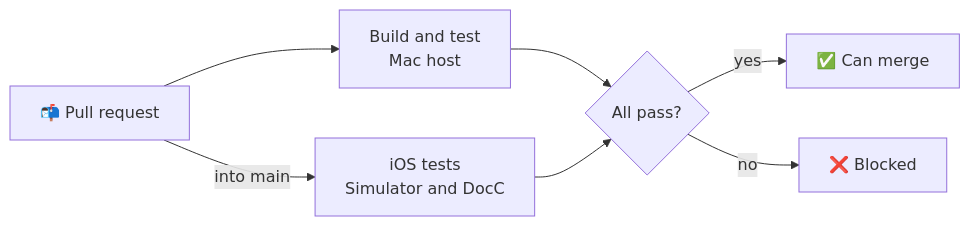
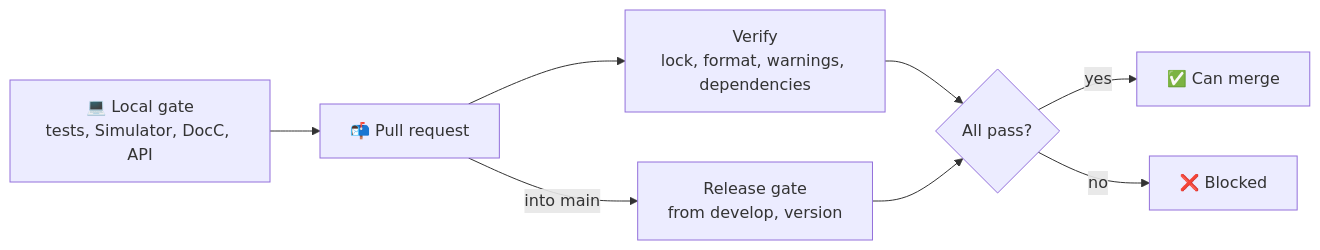
One commit to qeetgroup/qeetrix-ios changed the diagram in docs/quality.md. Above: the diagram before and after it, drawn with Mermaid. The commit also changed 16 other files, not shown here.

````diff
--- a/docs/quality.md
+++ b/docs/quality.md
@@ -8,9 +8,10 @@
 ```mermaid
 flowchart LR
-    P["📬 Pull request"] --> C["Build and test<br/>Mac host"]
-    P -->|"into main"| D["iOS tests<br/>Simulator and DocC"]
+    L["💻 Local gate<br/>tests, Simulator, DocC, API"] --> P["📬 Pull request"]
+    P --> C["Verify<br/>lock, format, warnings, dependencies"]
+    P -->|"into main"| D["Release gate<br/>from develop, version"]
     C --> G{"All pass?"}
     D --> G
     G -->|"yes"| OK["✅ Can merge"]
     G -->|"no"| NO["❌ Blocked"]
 ```
````
